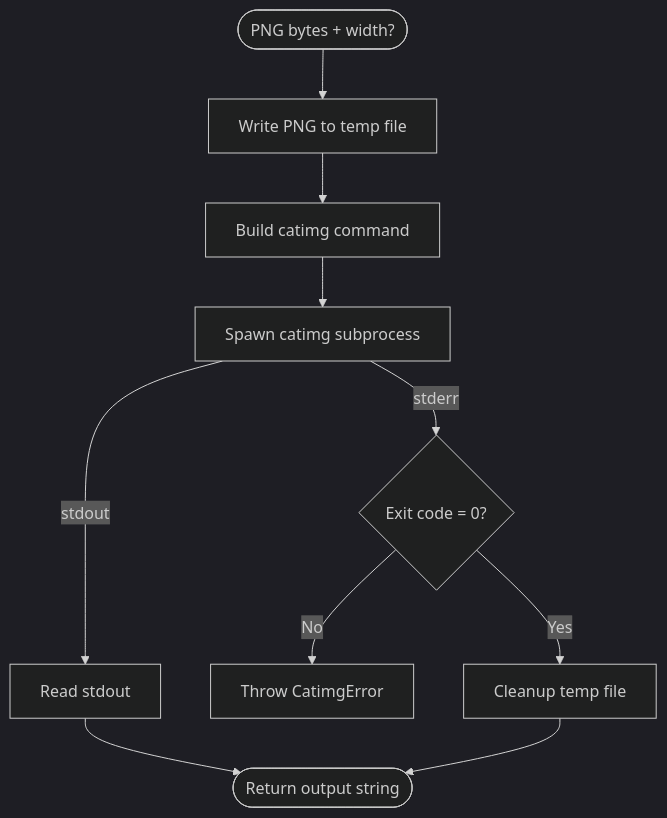
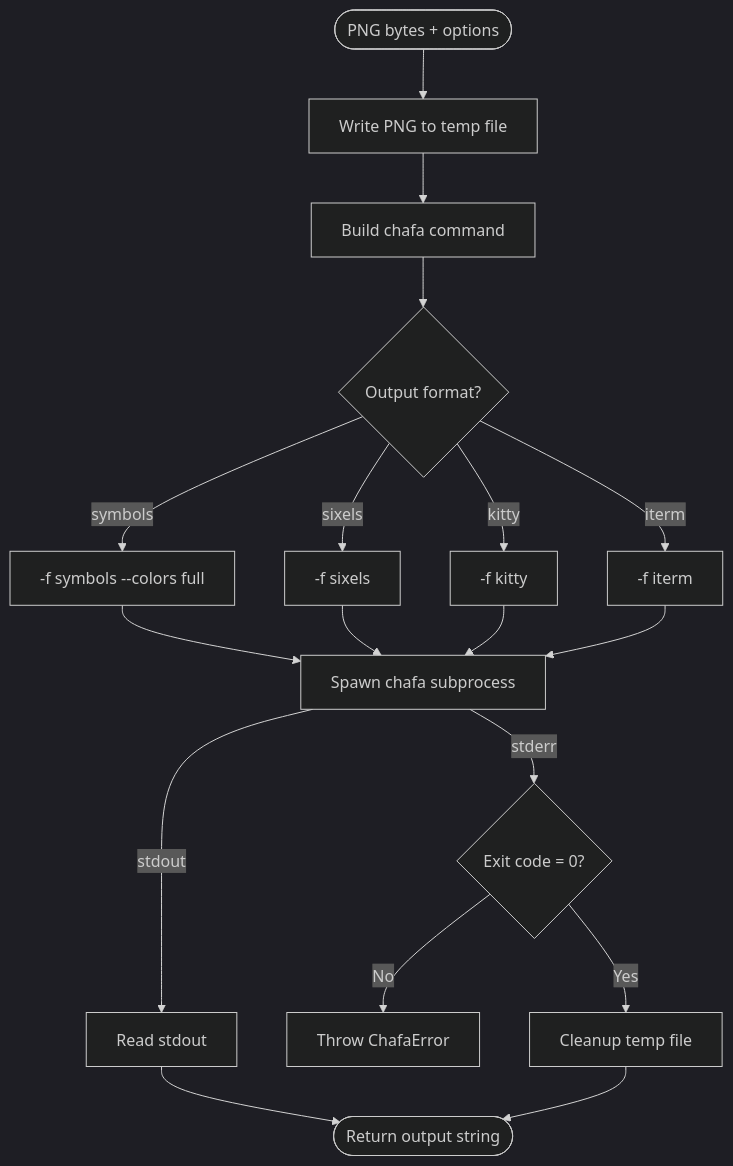
One commit to lagz0ne/diashort changed the diagram in .c3/c3-1-api-server/c3-115-terminal-renderer.md. Above: the diagram before and after it, drawn with Mermaid (dark theme). The commit also changed other lines of this file and 15 other files, not shown here.

First line of the commit message:
feat: replace catimg with chafa for higher quality terminal output

````diff
--- a/.c3/c3-1-api-server/c3-115-terminal-renderer.md
+++ b/.c3/c3-1-api-server/c3-115-terminal-renderer.md
@@ -22,12 +23,20 @@
 ```mermaid
 flowchart TD
-    Input([PNG bytes + width?]) --> WriteTmp[Write PNG to temp file]
-    WriteTmp --> BuildCmd[Build catimg command]
-    BuildCmd --> Spawn[Spawn catimg subprocess]
+    Input([PNG bytes + options]) --> WriteTmp[Write PNG to temp file]
+    WriteTmp --> BuildCmd[Build chafa command]
+    BuildCmd --> SelectFormat{Output format?}
+    SelectFormat -->|symbols| Symbols["-f symbols --colors full"]
+    SelectFormat -->|sixels| Sixels["-f sixels"]
+    SelectFormat -->|kitty| Kitty["-f kitty"]
+    SelectFormat -->|iterm| iTerm["-f iterm"]
+    Symbols --> Spawn[Spawn chafa subprocess]
+    Sixels --> Spawn
+    Kitty --> Spawn
+    iTerm --> Spawn
     Spawn -->|stdout| ReadOutput[Read stdout]
     Spawn -->|stderr| CheckError{Exit code = 0?}
-    CheckError -->|No| ThrowError[Throw CatimgError]
+    CheckError -->|No| ThrowError[Throw ChafaError]
     CheckError -->|Yes| Cleanup[Cleanup temp file]
     ReadOutput --> Result([Return output string])
     Cleanup --> Result
 ```
````
